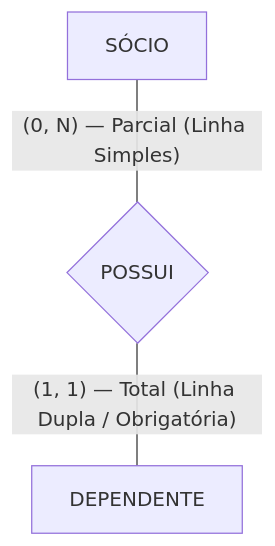
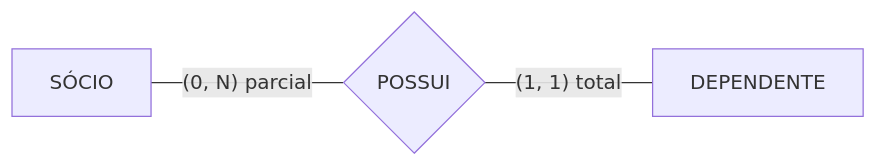
One commit to leorruas/puc changed the third of 13 diagrams in 02. Modelagem de Dados/06. Modelagem de relacionamentos, cardinalidade e restrições de participação.md. Above: the diagram before and after it, drawn with Mermaid. The commit also changed other lines of this file, not shown here.

````diff
--- a/02. Modelagem de Dados/06. Modelagem de relacionamentos, cardinalidade e restrições de participação.md
+++ b/02. Modelagem de Dados/06. Modelagem de relacionamentos, cardinalidade e restrições de participação.md
@@ -65,5 +65,5 @@
 ```mermaid
-flowchart TD
-    Socio["SÓCIO"] ---|"(0, N) — Parcial (Linha Simples)"| RelDep{"POSSUI"}
-    RelDep ---|"(1, 1) — Total (Linha Dupla / Obrigatória)"| Dep["DEPENDENTE"]
+flowchart LR
+    Socio["SÓCIO"]:::data ---|"(0, N) parcial"| Possui{"POSSUI"}:::core
+    Possui ---|"(1, 1) total"| Dependente["DEPENDENTE"]:::data
 ```
````
